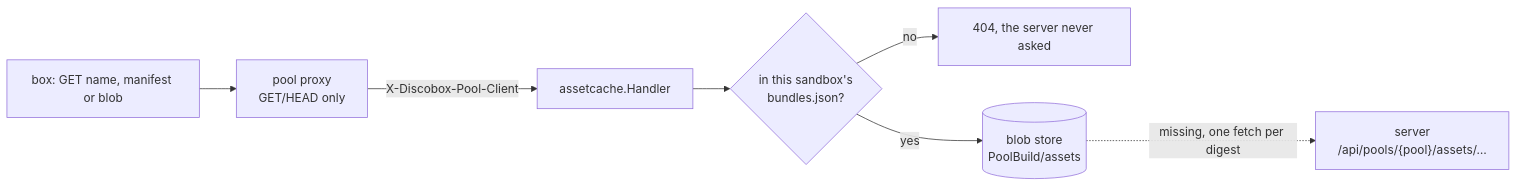
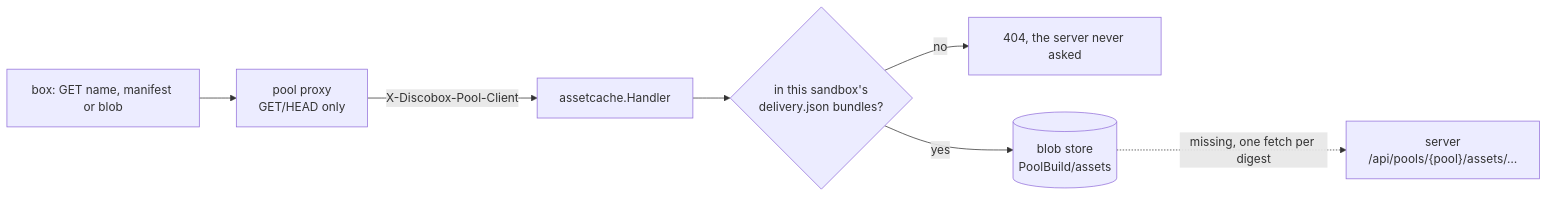
One commit to discobox-ai/discobox changed the fifth of 12 diagrams in pool-agent/DESIGN.md. Above: the diagram before and after it, drawn with Mermaid. The commit also changed other lines of this file and 79 other files, not shown here.

````diff
--- a/pool-agent/DESIGN.md
+++ b/pool-agent/DESIGN.md
@@ -1138,9 +1138,9 @@
 ```mermaid
 flowchart LR
   box["box: GET name, manifest or blob"] --> proxy["pool proxy<br/>GET/HEAD only"]
   proxy -->|"X-Discobox-Pool-Client"| cache["assetcache.Handler"]
-  cache --> rec{"in this sandbox's<br/>bundles.json?"}
+  cache --> rec{"in this sandbox's<br/>delivery.json bundles?"}
   rec -->|no| nf["404, the server never asked"]
   rec -->|yes| store[("blob store<br/>PoolBuild/assets")]
   store -.->|missing, one fetch per digest| server["server<br/>/api/pools/{pool}/assets/…"]
 ```
````
